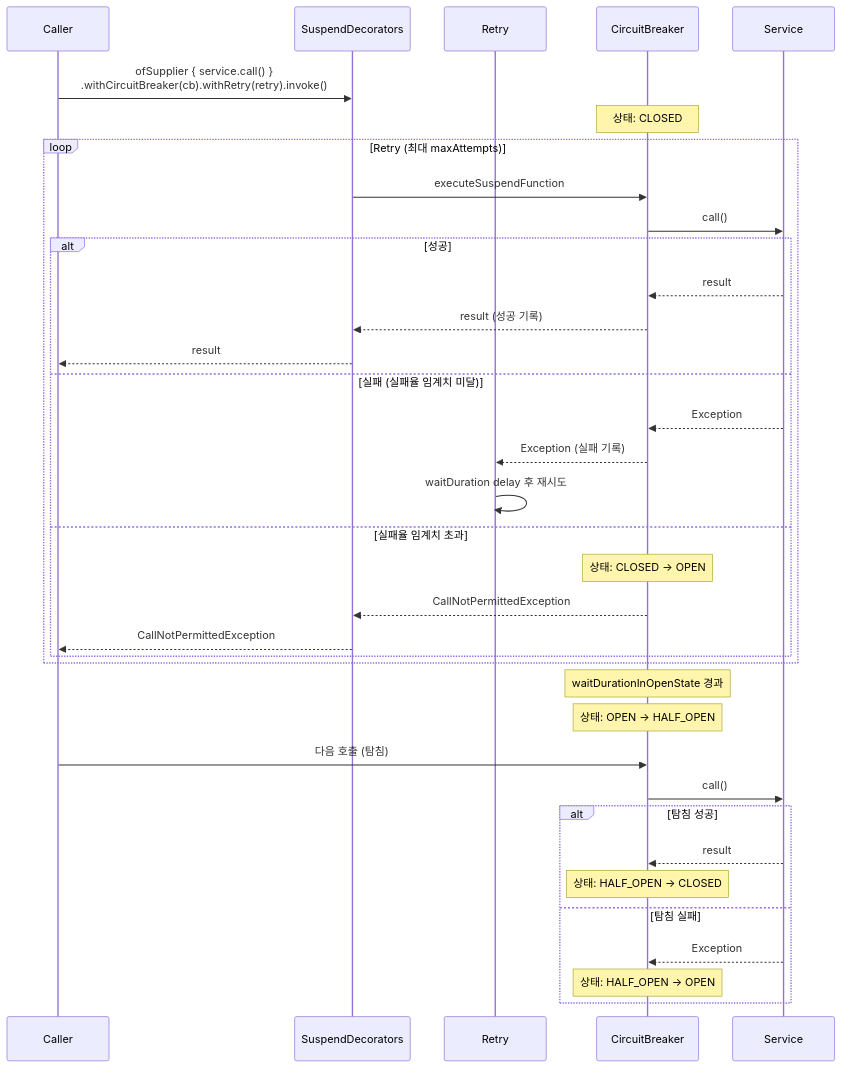
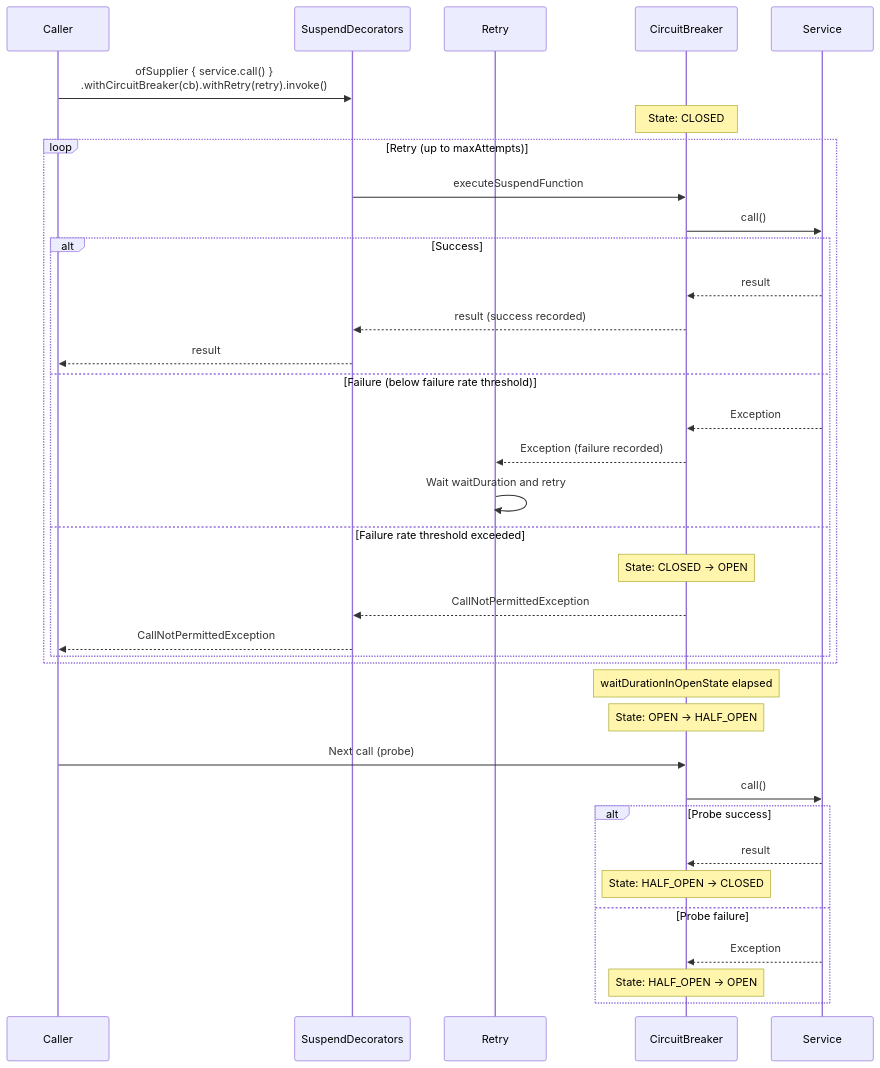
Before and after one commit to bluetape4k/bluetape4k-projects: the second of 3 diagrams in infra/resilience4j/README.md, drawn with Mermaid. The commit also changed other lines of this file and 265 other files, not shown here.

````diff
--- a/infra/resilience4j/README.md
+++ b/infra/resilience4j/README.md
@@ -89,41 +91,41 @@
 ```mermaid
 sequenceDiagram
     participant Caller
     participant SuspendDecorators
     participant Retry
     participant CircuitBreaker
     participant Service
     Caller ->> SuspendDecorators: ofSupplier { service.call() }<br/>.withCircuitBreaker(cb).withRetry(retry).invoke()
-    Note over CircuitBreaker: 상태: CLOSED
+    Note over CircuitBreaker: State: CLOSED
 
-    loop Retry (최대 maxAttempts)
+    loop Retry (up to maxAttempts)
         SuspendDecorators ->> CircuitBreaker: executeSuspendFunction
         CircuitBreaker ->> Service: call()
 
-        alt 성공
+        alt Success
             Service -->> CircuitBreaker: result
-            CircuitBreaker -->> SuspendDecorators: result (성공 기록)
+            CircuitBreaker -->> SuspendDecorators: result (success recorded)
             SuspendDecorators -->> Caller: result
-        else 실패 (실패율 임계치 미달)
+        else Failure (below failure rate threshold)
             Service -->> CircuitBreaker: Exception
-            CircuitBreaker -->> Retry: Exception (실패 기록)
-            Retry ->> Retry: waitDuration delay 후 재시도
-        else 실패율 임계치 초과
-            Note over CircuitBreaker: 상태: CLOSED → OPEN
+            CircuitBreaker -->> Retry: Exception (failure recorded)
+            Retry ->> Retry: Wait waitDuration and retry
+        else Failure rate threshold exceeded
+            Note over CircuitBreaker: State: CLOSED → OPEN
             CircuitBreaker -->> SuspendDecorators: CallNotPermittedException
             SuspendDecorators -->> Caller: CallNotPermittedException
         end
     end
 
-    Note over CircuitBreaker: waitDurationInOpenState 경과
-    Note over CircuitBreaker: 상태: OPEN → HALF_OPEN
-    Caller ->> CircuitBreaker: 다음 호출 (탐침)
+    Note over CircuitBreaker: waitDurationInOpenState elapsed
+    Note over CircuitBreaker: State: OPEN → HALF_OPEN
+    Caller ->> CircuitBreaker: Next call (probe)
     CircuitBreaker ->> Service: call()
-    alt 탐침 성공
+    alt Probe success
         Service -->> CircuitBreaker: result
-        Note over CircuitBreaker: 상태: HALF_OPEN → CLOSED
-    else 탐침 실패
+        Note over CircuitBreaker: State: HALF_OPEN → CLOSED
+    else Probe failure
         Service -->> CircuitBreaker: Exception
-        Note over CircuitBreaker: 상태: HALF_OPEN → OPEN
+        Note over CircuitBreaker: State: HALF_OPEN → OPEN
     end
 ```
````
